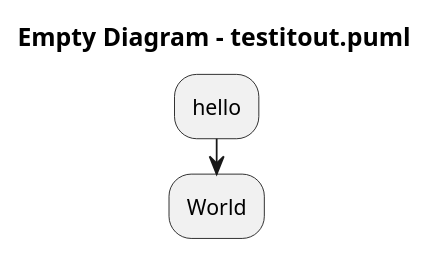
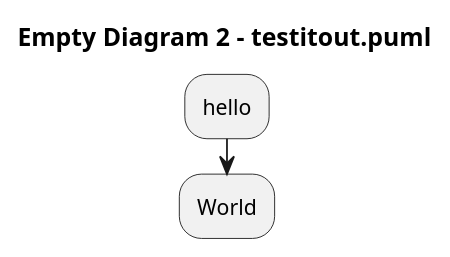
Before and after one commit to arwenvaughan/test1: the diagram in testitout.puml, drawn with PlantUML.

Commit message:
This commit was initiated from PlantText to edit the file testitout.puml only.

```diff
--- a/testitout.puml
+++ b/testitout.puml
@@ -1,7 +1,7 @@
 @startuml
 
-title Empty Diagram - testitout.puml
+title Empty Diagram 2 - testitout.puml
 :hello;
 :World;
 
 @enduml
```
